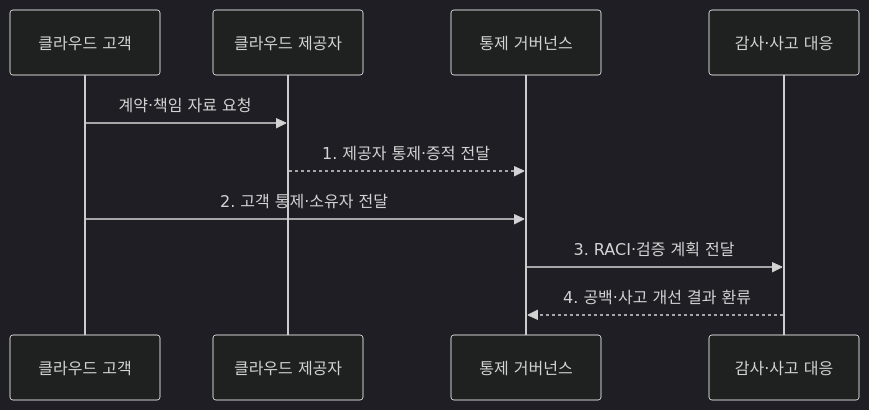
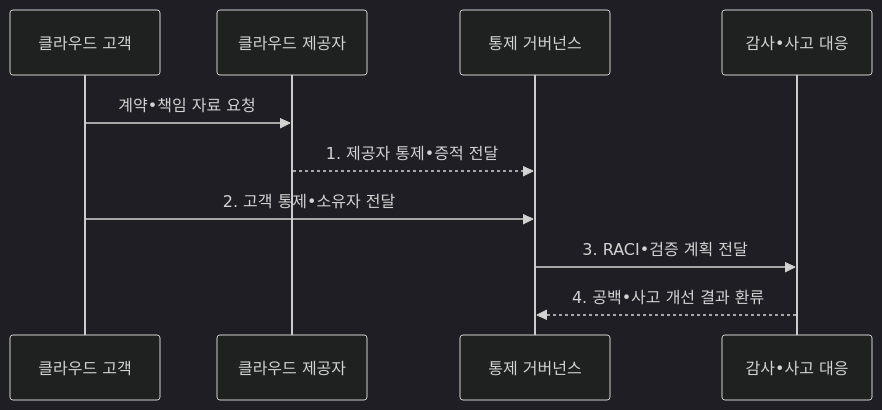
One commit to agnusdei1207/knowledge-base changed the second of 2 diagrams in src/content/docs/notes/05-security/071_shared_responsibility.md. Above: the diagram before and after it, drawn with Mermaid (dark theme). The commit also changed other lines of this file and 953 other files, not shown here.

````diff
--- a/src/content/docs/notes/05-security/071_shared_responsibility.md
+++ b/src/content/docs/notes/05-security/071_shared_responsibility.md
@@ -101,12 +101,12 @@
 ```mermaid
 sequenceDiagram
     participant C as 클라우드 고객
     participant P as 클라우드 제공자
     participant G as 통제 거버넌스
-    participant A as 감사·사고 대응
-    C->>P: 계약·책임 자료 요청
-    P-->>G: 1. 제공자 통제·증적 전달
-    C->>G: 2. 고객 통제·소유자 전달
-    G->>A: 3. RACI·검증 계획 전달
-    A-->>G: 4. 공백·사고 개선 결과 환류
+    participant A as 감사•사고 대응
+    C->>P: 계약•책임 자료 요청
+    P-->>G: 1. 제공자 통제•증적 전달
+    C->>G: 2. 고객 통제•소유자 전달
+    G->>A: 3. RACI•검증 계획 전달
+    A-->>G: 4. 공백•사고 개선 결과 환류
 ```
````
